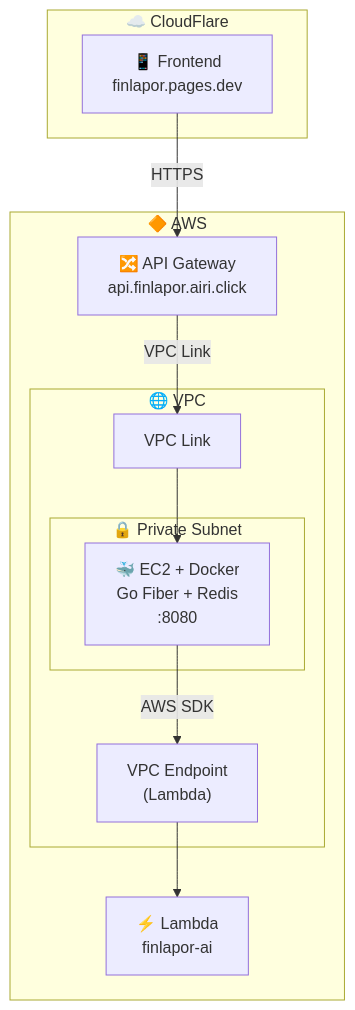
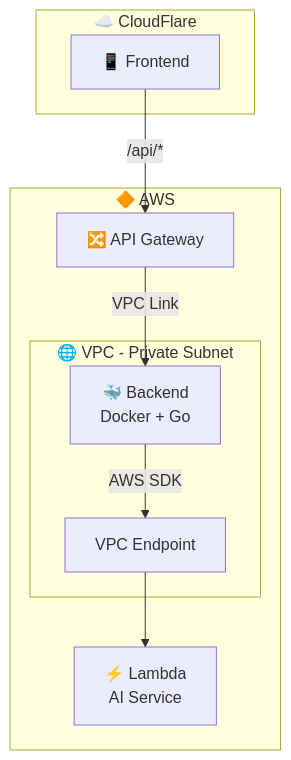
The second of 2 diagrams in docs/deployment/06b-api-gateway-setup.md (aan-andiyanaS/finlapor), drawn with Mermaid before and after one commit. The commit also changed other lines of this file, not shown here.

Commit message:
Add 2 architecture options for API Gateway

````diff
--- a/docs/deployment/06b-api-gateway-setup.md
+++ b/docs/deployment/06b-api-gateway-setup.md
@@ -28,28 +87,22 @@
 ```mermaid
 flowchart TB
     subgraph CloudFlare["☁️ CloudFlare"]
-        Frontend["📱 Frontend<br/>finlapor.pages.dev"]
+        Frontend["📱 Frontend"]
     end
 
     subgraph AWS["🔶 AWS"]
-        APIGateway["🔀 API Gateway<br/>api.finlapor.airi.click"]
+        APIGateway["🔀 API Gateway"]
         
-        subgraph VPC["🌐 VPC"]
-            VPCLink["VPC Link"]
-            
-            subgraph Private["🔒 Private Subnet"]
-                Backend["🐳 EC2 + Docker<br/>Go Fiber + Redis<br/>:8080"]
-            end
-            
-            VPCEndpoint["VPC Endpoint<br/>(Lambda)"]
+        subgraph VPC["🌐 VPC - Private Subnet"]
+            Backend["🐳 Backend<br/>Docker + Go"]
+            VPCEndpoint["VPC Endpoint"]
         end
         
-        Lambda["⚡ Lambda<br/>finlapor-ai"]
+        Lambda["⚡ Lambda<br/>AI Service"]
     end
 
-    Frontend -->|HTTPS| APIGateway
-    APIGateway -->|VPC Link| VPCLink
-    VPCLink --> Backend
+    Frontend -->|/api/*| APIGateway
+    APIGateway -->|VPC Link| Backend
     Backend -->|AWS SDK| VPCEndpoint
     VPCEndpoint --> Lambda
 ```
````
